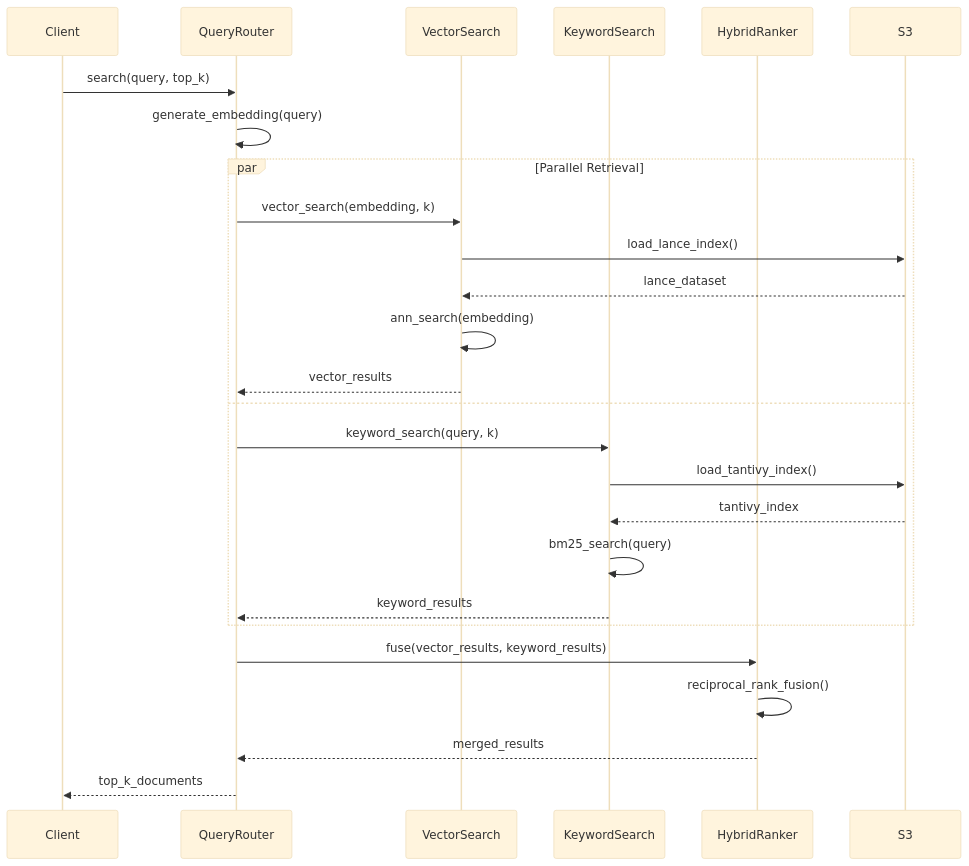
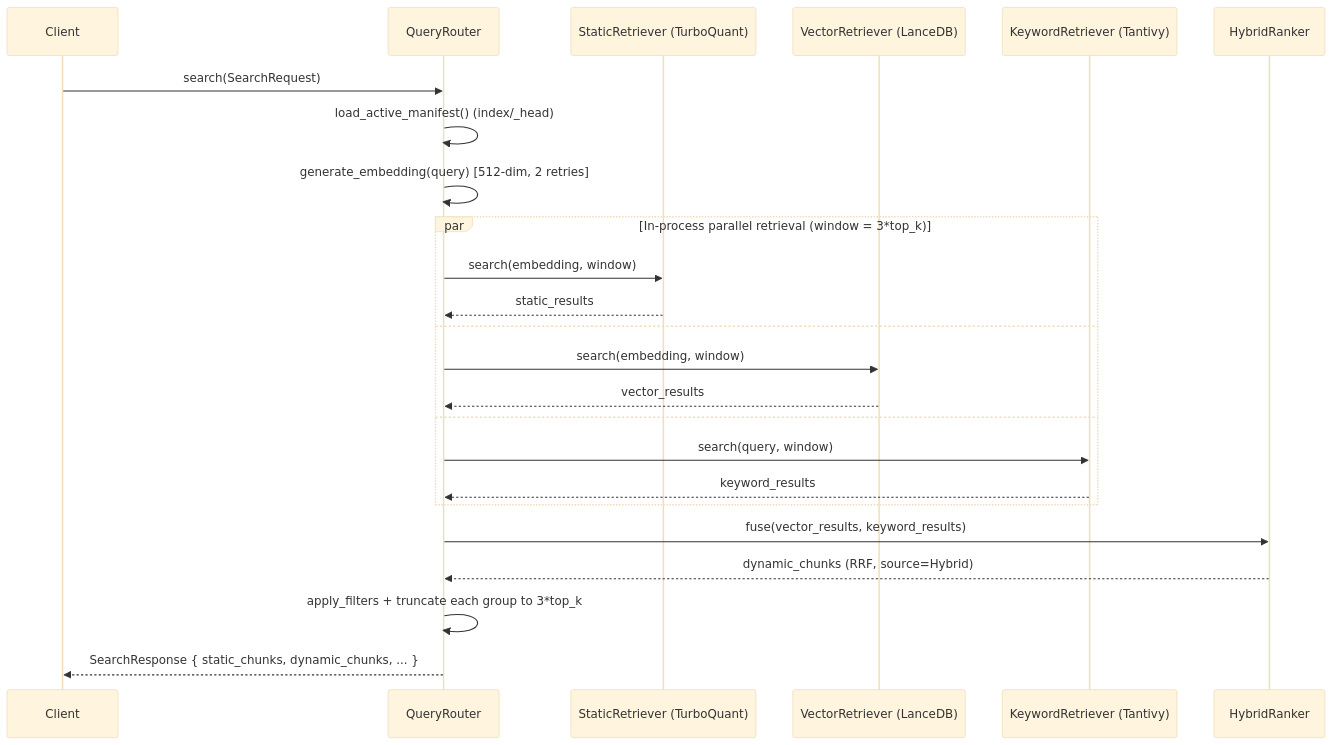
The second of 2 diagrams in docs/design.md (Lychee-Technology/LTSearch), drawn with Mermaid (base theme) before and after one commit. The commit also changed other lines of this file and 3 other files, not shown here.

````diff
--- a/docs/design.md
+++ b/docs/design.md
@@ -59,31 +98,29 @@
 ```mermaid
 sequenceDiagram
     participant Client
     participant QueryRouter
-    participant VectorSearch
-    participant KeywordSearch
+    participant StaticR as StaticRetriever (TurboQuant)
+    participant VectorR as VectorRetriever (LanceDB)
+    participant KeywordR as KeywordRetriever (Tantivy)
     participant HybridRanker
-    participant S3
-    
-    Client->>QueryRouter: search(query, top_k)
-    QueryRouter->>QueryRouter: generate_embedding(query)
-    
-    par Parallel Retrieval
-        QueryRouter->>VectorSearch: vector_search(embedding, k)
-        VectorSearch->>S3: load_lance_index()
-        S3-->>VectorSearch: lance_dataset
-        VectorSearch->>VectorSearch: ann_search(embedding)
-        VectorSearch-->>QueryRouter: vector_results
+
+    Client->>QueryRouter: search(SearchRequest)
+    QueryRouter->>QueryRouter: load_active_manifest() (index/_head)
+    QueryRouter->>QueryRouter: generate_embedding(query) [512-dim, 2 retries]
+
+    par In-process parallel retrieval (window = 3*top_k)
+        QueryRouter->>StaticR: search(embedding, window)
+        StaticR-->>QueryRouter: static_results
     and
-        QueryRouter->>KeywordSearch: keyword_search(query, k)
-        KeywordSearch->>S3: load_tantivy_index()
-        S3-->>KeywordSearch: tantivy_index
-        KeywordSearch->>KeywordSearch: bm25_search(query)
-        KeywordSearch-->>QueryRouter: keyword_results
+        QueryRouter->>VectorR: search(embedding, window)
+        VectorR-->>QueryRouter: vector_results
+    and
+        QueryRouter->>KeywordR: search(query, window)
+        KeywordR-->>QueryRouter: keyword_results
     end
-    
+
     QueryRouter->>HybridRanker: fuse(vector_results, keyword_results)
-    HybridRanker->>HybridRanker: reciprocal_rank_fusion()
-    HybridRanker-->>QueryRouter: merged_results
-    QueryRouter-->>Client: top_k_documents
+    HybridRanker-->>QueryRouter: dynamic_chunks (RRF, source=Hybrid)
+    QueryRouter->>QueryRouter: apply_filters + truncate each group to 3*top_k
+    QueryRouter-->>Client: SearchResponse { static_chunks, dynamic_chunks, ... }
 ```
````
